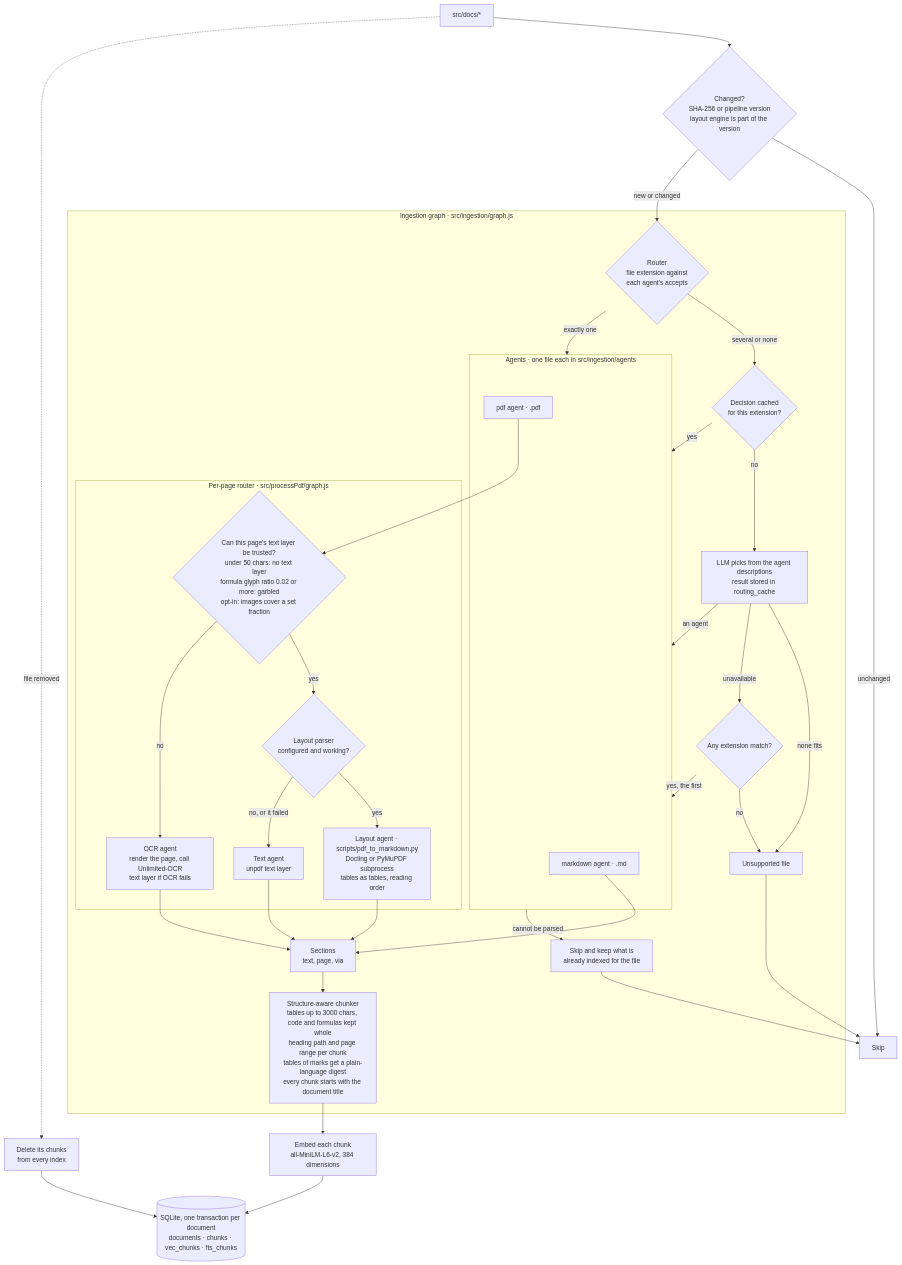
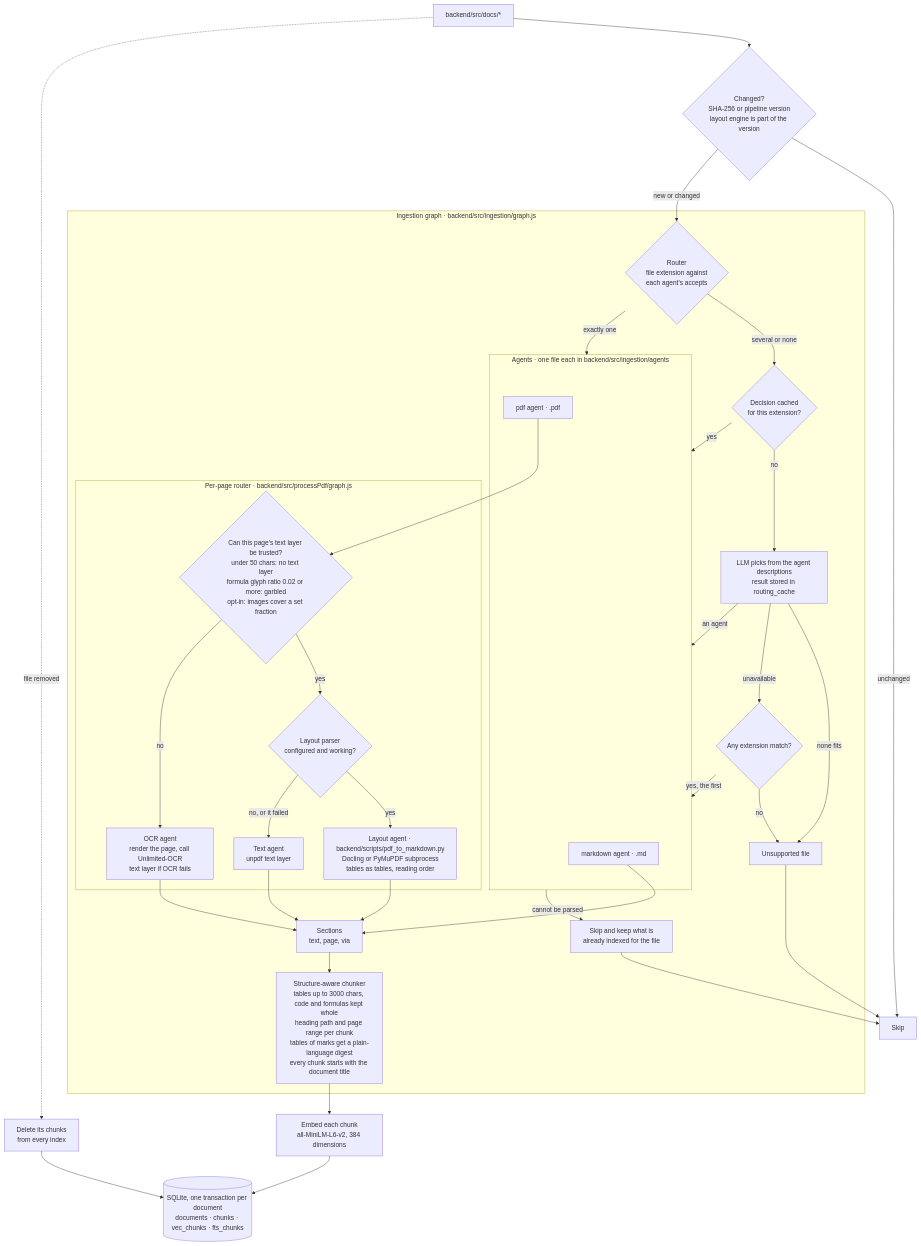
Before and after one commit to KiranMantha/AI_Exercises: the second of 6 diagrams in langchain-langgraph-rag/README.md, drawn with Mermaid. The commit also changed other lines of this file and 69 other files, not shown here.

````diff
--- a/langchain-langgraph-rag/README.md
+++ b/langchain-langgraph-rag/README.md
@@ -52,47 +67,47 @@
 ```mermaid
 flowchart TD
-    FILES[src/docs/*] --> CHANGED{Changed?<br/>SHA-256 or pipeline version<br/>layout engine is part of the version}
+    FILES[backend/src/docs/*] --> CHANGED{Changed?<br/>SHA-256 or pipeline version<br/>layout engine is part of the version}
     CHANGED -- unchanged --> SKIP[Skip]
     FILES -. file removed .-> DELETE[Delete its chunks<br/>from every index]
     CHANGED -- new or changed --> ROUTE
 
-    subgraph GRAPH[Ingestion graph · src/ingestion/graph.js]
+    subgraph GRAPH[Ingestion graph · backend/src/ingestion/graph.js]
         ROUTE{Router<br/>file extension against<br/>each agent's accepts}
         ROUTE -- exactly one --> AGENTS
         ROUTE -- several or none --> CACHED{Decision cached<br/>for this extension?}
         CACHED -- yes --> AGENTS
         CACHED -- no --> PICK[LLM picks from the agent descriptions<br/>result stored in routing_cache]
         PICK -- an agent --> AGENTS
         PICK -- none fits --> UNSUPPORTED[Unsupported file]
         PICK -- unavailable --> MATCH{Any extension match?}
         MATCH -- yes, the first --> AGENTS
         MATCH -- no --> UNSUPPORTED
 
-        subgraph AGENTS[Agents · one file each in src/ingestion/agents]
+        subgraph AGENTS[Agents · one file each in backend/src/ingestion/agents]
             MD[markdown agent · .md]
             PDF[pdf agent · .pdf]
         end
 
         PDF --> TRUST
-        subgraph PAGES[Per-page router · src/processPdf/graph.js]
+        subgraph PAGES[Per-page router · backend/src/processPdf/graph.js]
             TRUST{Can this page's text layer be trusted?<br/>under 50 chars: no text layer<br/>formula glyph ratio 0.02 or more: garbled<br/>opt-in: images cover a set fraction}
             TRUST -- yes --> LAYOUT{Layout parser<br/>configured and working?}
-            LAYOUT -- yes --> LY[Layout agent · scripts/pdf_to_markdown.py<br/>Docling or PyMuPDF subprocess<br/>tables as tables, reading order]
+            LAYOUT -- yes --> LY[Layout agent · backend/scripts/pdf_to_markdown.py<br/>Docling or PyMuPDF subprocess<br/>tables as tables, reading order]
             LAYOUT -- no, or it failed --> TX[Text agent<br/>unpdf text layer]
             TRUST -- no --> OC[OCR agent<br/>render the page, call Unlimited-OCR<br/>text layer if OCR fails]
         end
 
         AGENTS -- cannot be parsed --> KEEP[Skip and keep what is<br/>already indexed for the file]
         MD --> SECTIONS[Sections<br/>text, page, via]
         LY --> SECTIONS
         TX --> SECTIONS
         OC --> SECTIONS
         SECTIONS --> CHUNK[Structure-aware chunker<br/>tables up to 3000 chars, code and formulas kept whole<br/>heading path and page range per chunk<br/>tables of marks get a plain-language digest<br/>every chunk starts with the document title]
     end
 
     CHUNK --> EMBED[Embed each chunk<br/>all-MiniLM-L6-v2, 384 dimensions]
     EMBED --> DB[(SQLite, one transaction per document<br/>documents · chunks · vec_chunks · fts_chunks)]
     DELETE --> DB
     UNSUPPORTED --> SKIP
     KEEP --> SKIP
 ```
````
